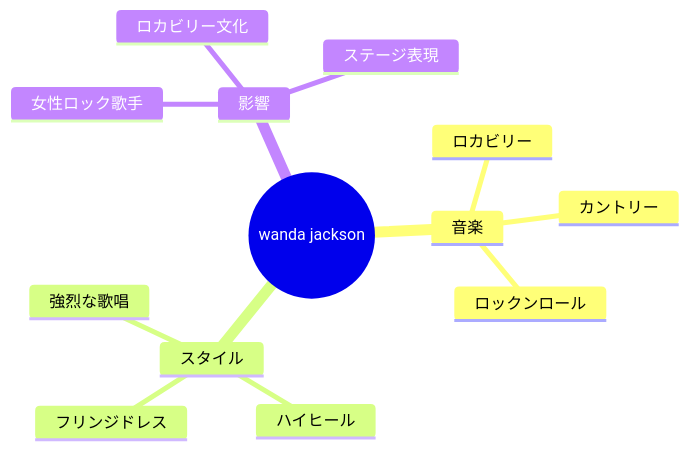
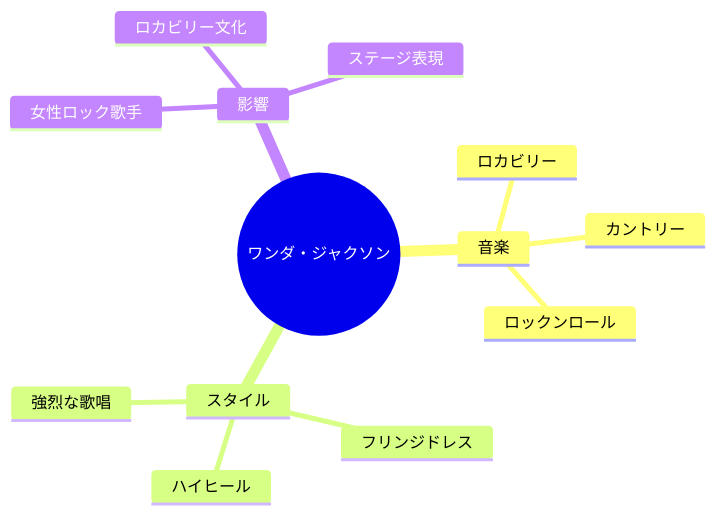
The fifth of 11 diagrams in en/_posts/2026-05-16-column-wanda-jackson.md (monumental-movement/monumental-movement.github.io), drawn with Mermaid before and after one commit. The commit also changed other lines of this file and 2196 other files, not shown here.

```diff
--- a/en/_posts/2026-05-16-column-wanda-jackson.md
+++ b/en/_posts/2026-05-16-column-wanda-jackson.md
@@ -156,16 +156,16 @@
 <div class="mermaid">
 mindmap
-  root((wanda jackson))
+  root((ワンダ・ジャクソン))
     音楽
       ロカビリー
       カントリー
       ロックンロール
     スタイル
       フリンジドレス
       ハイヒール
       強烈な歌唱
     影響
       女性ロック歌手
       ロカビリー文化
       ステージ表現
 </div>
```
